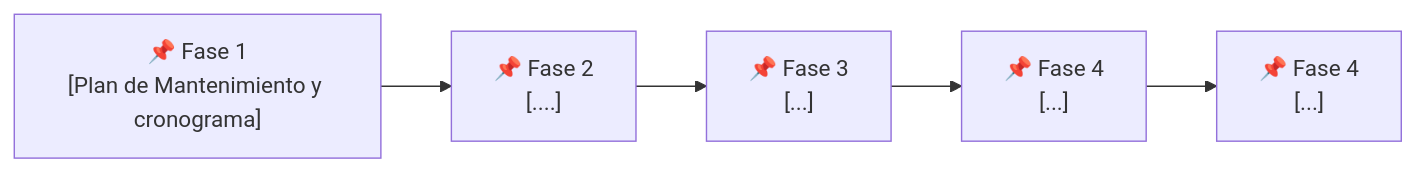
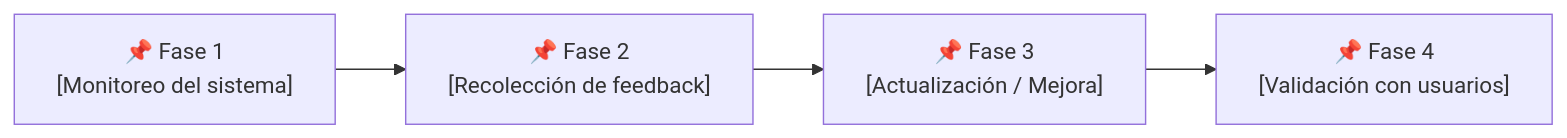
One commit to TomasGonzalez1204/plan-proyecto-gp-uner changed the fourth of 4 diagrams in docs/01-plan-inicial/ciclo-de-vida.md. Above: the diagram before and after it, drawn with Mermaid. The commit also changed other lines of this file, not shown here.

Commit message:
Update project phases in ciclo-de-vida.md

````diff
--- a/docs/01-plan-inicial/ciclo-de-vida.md
+++ b/docs/01-plan-inicial/ciclo-de-vida.md
@@ -106,10 +105,9 @@
 ```mermaid
 flowchart LR
-    F1["📌 Fase 1\n[Plan de Mantenimiento y cronograma]"]
-    F2["📌 Fase 2\n[....]"]
-    F3["📌 Fase 3\n[...]"]
-    F4["📌 Fase 4\n[...]"]
-    F5["📌 Fase 4\n[...]"]
+    F1["📌 Fase 1\n[Monitoreo del sistema]"]
+    F2["📌 Fase 2\n[Recolección de feedback]"]
+    F3["📌 Fase 3\n[Actualización / Mejora]"]
+    F4["📌 Fase 4\n[Validación con usuarios]"]
 
-    F1 --> F2 --> F3 --> F4 --> F5
+    F1 --> F2 --> F3 --> F4
 ```
````
